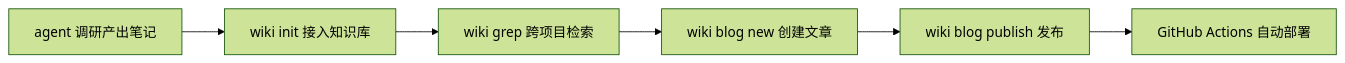
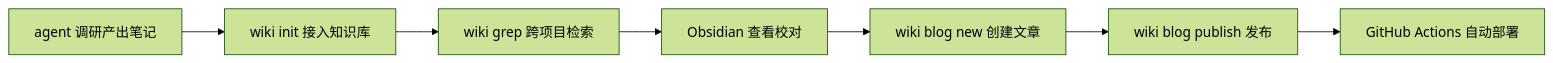
One commit to daidaiJ/daidaiJ.github.io changed the second of 5 diagrams in pandawo/content/post/wiki-cli-design.md. Above: the diagram before and after it, drawn with Mermaid (forest theme). The commit also changed other lines of this file, not shown here.

Commit message:
wiki-cli-design: 重构核心章节为 hook 驱动设计主线（串联 Obsidian 与 Hugo）

````diff
--- a/pandawo/content/post/wiki-cli-design.md
+++ b/pandawo/content/post/wiki-cli-design.md
@@ -170,8 +172,9 @@
 ```mermaid
 flowchart LR
     A["agent 调研产出笔记"] --> B["wiki init 接入知识库"]
     B --> C["wiki grep 跨项目检索"]
-    C --> D["wiki blog new 创建文章"]
-    D --> E["wiki blog publish 发布"]
-    E --> F["GitHub Actions 自动部署"]
+    C --> D["Obsidian 查看校对"]
+    D --> E["wiki blog new 创建文章"]
+    E --> F["wiki blog publish 发布"]
+    F --> G["GitHub Actions 自动部署"]
 ```
````
